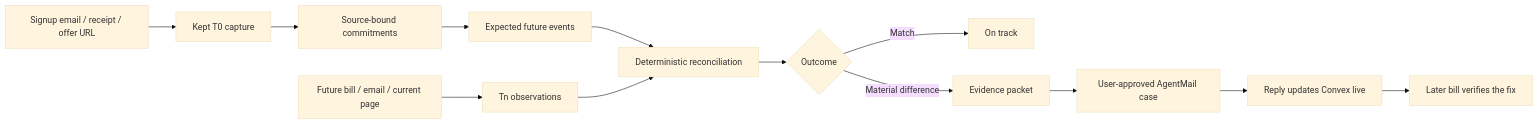
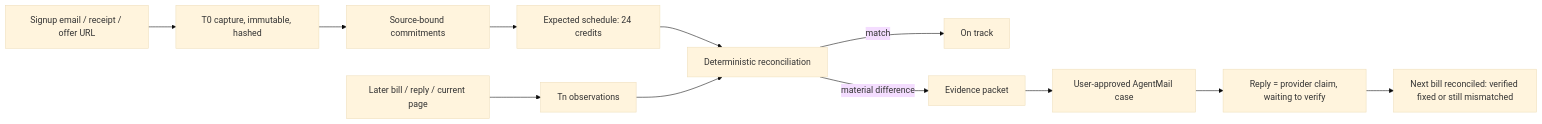
One commit to winsznx/kept changed the diagram in README.md. Above: the diagram before and after it, drawn with Mermaid (base theme). The commit also changed other lines of this file and 70 other files, not shown here.

````diff
--- a/README.md
+++ b/README.md
@@ -14,15 +17,14 @@
 ```mermaid
 flowchart LR
-  A[Signup email / receipt / offer URL] --> B[Kept T0 capture]
+  A[Signup email / receipt / offer URL] --> B[T0 capture, immutable, hashed]
   B --> C[Source-bound commitments]
-  C --> D[Expected future events]
-  E[Future bill / email / current page] --> F[Tn observations]
+  C --> D[Expected schedule: 24 credits]
+  E[Later bill / reply / current page] --> F[Tn observations]
   D --> G[Deterministic reconciliation]
   F --> G
-  G --> H{Outcome}
-  H -->|Match| I[On track]
-  H -->|Material difference| J[Evidence packet]
-  J --> K[User-approved AgentMail case]
-  K --> L[Reply updates Convex live]
-  L --> M[Later bill verifies the fix]
+  G -->|match| H[On track]
+  G -->|material difference| I[Evidence packet]
+  I --> J[User-approved AgentMail case]
+  J --> K[Reply = provider claim, waiting to verify]
+  K --> L[Next bill reconciled: verified fixed or still mismatched]
 ```
````
